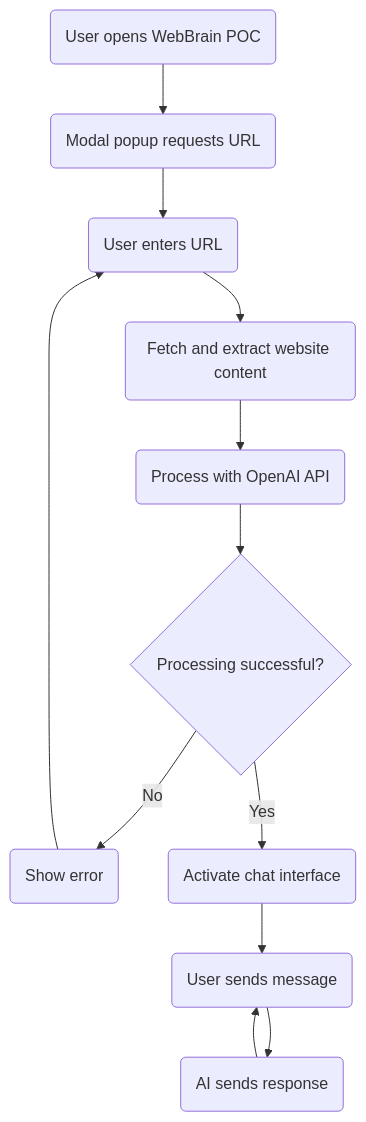
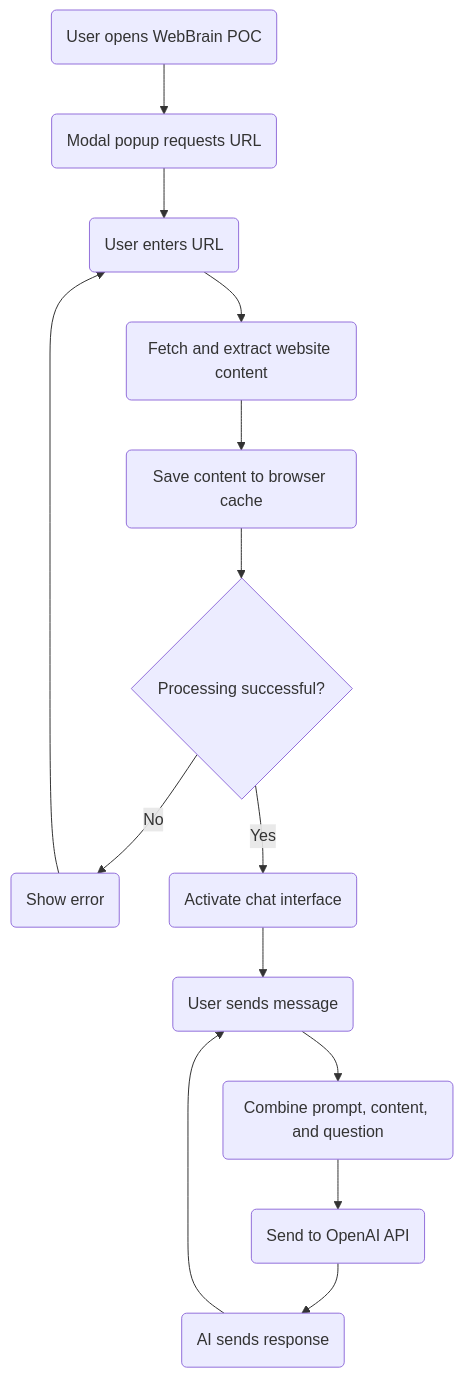
The third of 3 diagrams in spec/poc.md (numbersprotocol/webbrain-poc), drawn with Mermaid before and after one commit. The commit also changed other lines of this file, not shown here.

````diff
--- a/spec/poc.md
+++ b/spec/poc.md
@@ -187,14 +192,16 @@
 ```mermaid
 graph TD
     A(User opens WebBrain POC) --> B(Modal popup requests URL)
     B --> C(User enters URL)
     C --> D(Fetch and extract website content)
-    D --> E(Process with OpenAI API)
+    D --> E(Save content to browser cache)
     E --> F{Processing successful?}
     F -->|No| G(Show error)
     G --> C
     F -->|Yes| H(Activate chat interface)
     H --> I(User sends message)
-    I --> J(AI sends response)
-    J --> I
+    I --> J(Combine prompt, content, and question)
+    J --> K(Send to OpenAI API)
+    K --> L(AI sends response)
+    L --> I
 ```
````
